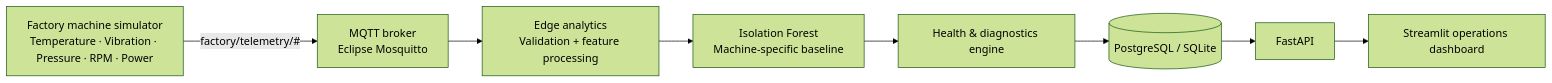
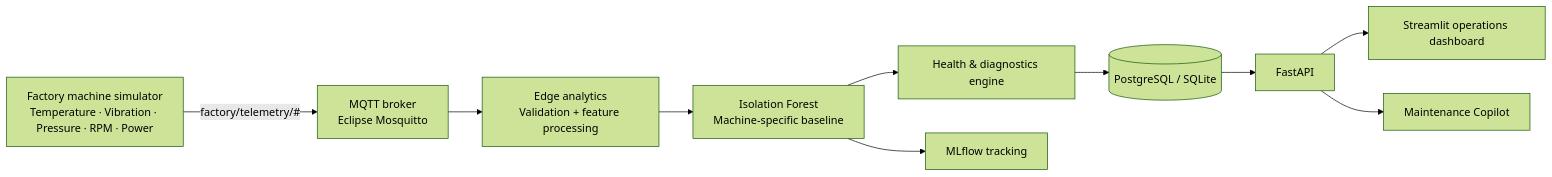
Before and after one commit to Lonfea/industrialedge-ai: the diagram in README.md, drawn with Mermaid (forest theme). The commit also changed other lines of this file, not shown here.

````diff
--- a/README.md
+++ b/README.md
@@ -22,19 +36,23 @@
 ```mermaid
 flowchart LR
     M[Factory machine simulator\nTemperature · Vibration · Pressure · RPM · Power]
     MQ[MQTT broker\nEclipse Mosquitto]
     E[Edge analytics\nValidation + feature processing]
     ML[Isolation Forest\nMachine-specific baseline]
     H[Health & diagnostics engine]
     DB[(PostgreSQL / SQLite)]
     API[FastAPI]
     UI[Streamlit operations dashboard]
+    CP[Maintenance Copilot]
+    MF[MLflow tracking]
 
     M -->|factory/telemetry/#| MQ
     MQ --> E
     E --> ML
     ML --> H
     H --> DB
     DB --> API
     API --> UI
+    API --> CP
+    ML --> MF
 ```
````
